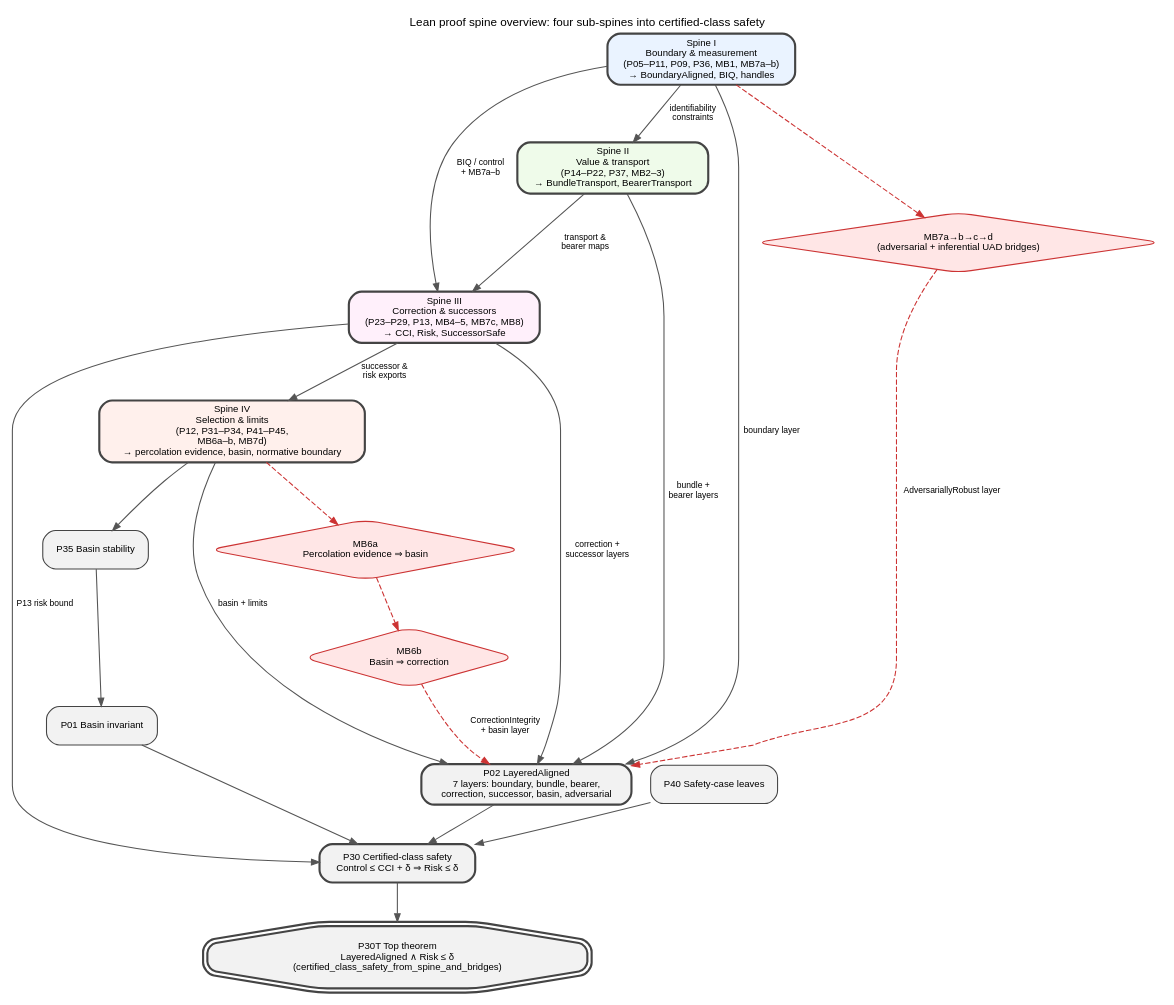
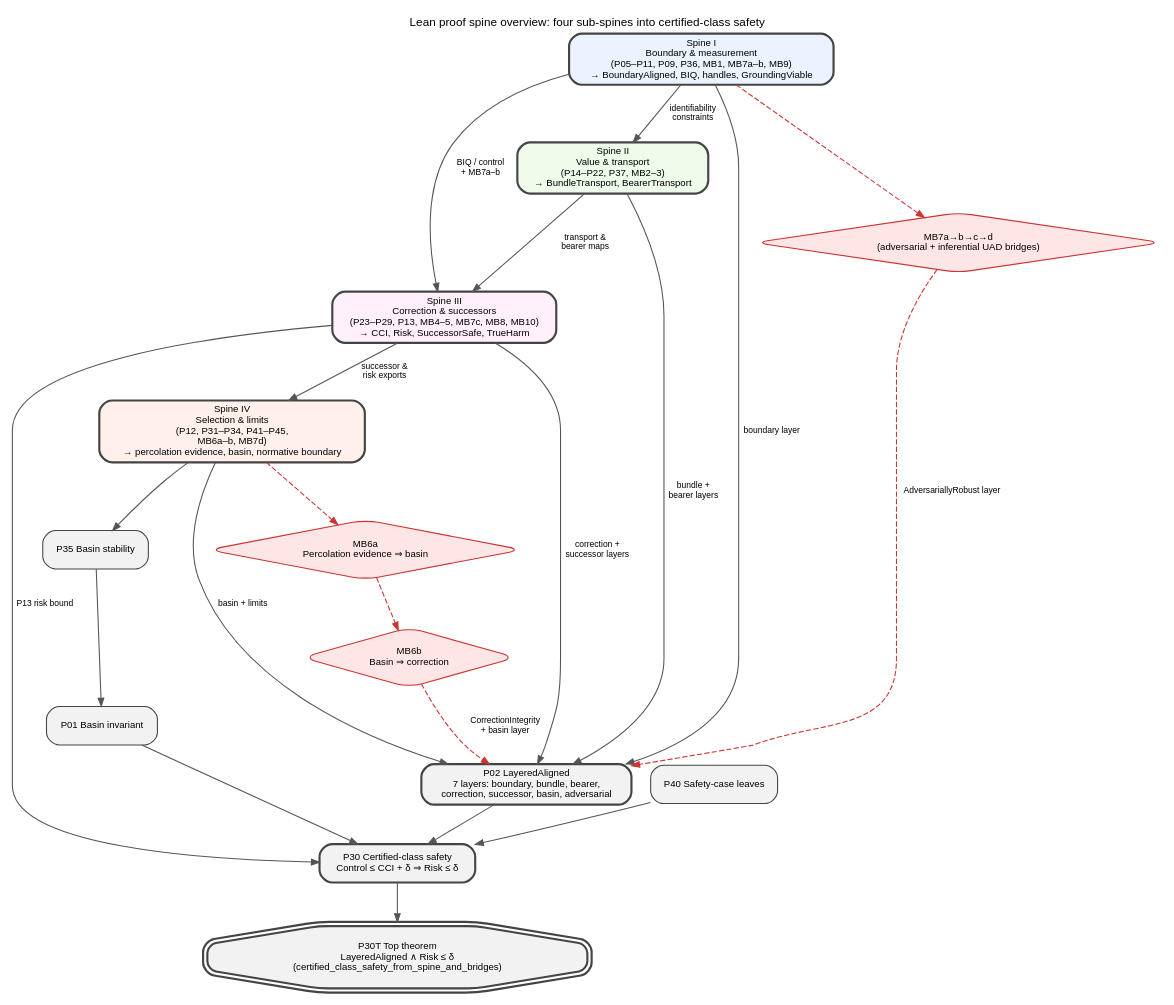
One commit to GunnarZarncke/towards-asi-alignment changed the diagram in context/lean_proof_graphs/00-overview.dot. Above: the diagram before and after it, drawn with Graphviz. The commit also changed 27 other files, not shown here.

First line of the commit message:
Formalize successor forgeability (MB10) and a real-data worked instance for the Lean spine.

```diff
--- a/context/lean_proof_graphs/00-overview.dot
+++ b/context/lean_proof_graphs/00-overview.dot
@@ -1,58 +1,58 @@
 digraph Spine00Overview {
   graph [
     rankdir=TB,
     bgcolor="white",
     splines=true,
     overlap=false,
     fontsize=11,
     fontname="Helvetica",
     label="Lean proof spine overview: four sub-spines into certified-class safety",
     labelloc="t"
   ];
   node [shape=box, style="rounded,filled", fontname="Helvetica", fontsize=9, color="#444444"];
   edge [fontname="Helvetica", fontsize=8, color="#555555", arrowsize=0.75];
 
-  S1 [label="Spine I\nBoundary & measurement\n(P05–P11, P09, P36, MB1, MB7a–b)\n→ BoundaryAligned, BIQ, handles",
+  S1 [label="Spine I\nBoundary & measurement\n(P05–P11, P09, P36, MB1, MB7a–b, MB9)\n→ BoundaryAligned, BIQ, handles, GroundingViable",
       fillcolor="#EAF3FF", penwidth=2];
   S2 [label="Spine II\nValue & transport\n(P14–P22, P37, MB2–3)\n→ BundleTransport, BearerTransport",
       fillcolor="#EFFBEA", penwidth=2];
-  S3 [label="Spine III\nCorrection & successors\n(P23–P29, P13, MB4–5, MB7c, MB8)\n→ CCI, Risk, SuccessorSafe",
+  S3 [label="Spine III\nCorrection & successors\n(P23–P29, P13, MB4–5, MB7c, MB8, MB10)\n→ CCI, Risk, SuccessorSafe, TrueHarm",
       fillcolor="#FFF0FB", penwidth=2];
   S4 [label="Spine IV\nSelection & limits\n(P12, P31–P34, P41–P45,\nMB6a–b, MB7d)\n→ percolation evidence, basin, normative boundary",
       fillcolor="#FFF0EC", penwidth=2];
 
   P02 [label="P02 LayeredAligned\n7 layers: boundary, bundle, bearer,\ncorrection, successor, basin, adversarial",
        fillcolor="#F2F2F2", penwidth=2];
   P35 [label="P35 Basin stability", fillcolor="#F2F2F2"];
   P01 [label="P01 Basin invariant", fillcolor="#F2F2F2"];
   P30 [label="P30 Certified-class safety\nControl ≤ CCI + δ ⇒ Risk ≤ δ", fillcolor="#F2F2F2", penwidth=2];
   P40 [label="P40 Safety-case leaves", fillcolor="#F2F2F2"];
   P30T [label="P30T Top theorem\nLayeredAligned ∧ Risk ≤ δ\n(certified_class_safety_from_spine_and_bridges)",
         fillcolor="#F2F2F2", shape=doubleoctagon, penwidth=2];
 
   MB7 [shape=diamond, fillcolor="#FFE6E6", color="#CC3333",
        label="MB7a→b→c→d\n(adversarial + inferential UAD bridges)"];
   MB6a [shape=diamond, fillcolor="#FFE6E6", color="#CC3333", label="MB6a\nPercolation evidence ⇒ basin"];
   MB6b [shape=diamond, fillcolor="#FFE6E6", color="#CC3333", label="MB6b\nBasin ⇒ correction"];
 
   S1 -> S2 [label="identifiability\nconstraints"];
   S1 -> S3 [label="BIQ / control\n+ MB7a–b"];
   S2 -> S3 [label="transport &\nbearer maps"];
   S3 -> S4 [label="successor &\nrisk exports"];
   S4 -> P02 [label="basin + limits"];
 
   S1 -> MB7 [style=dashed, color="#CC3333"];
   MB7 -> P02 [style=dashed, color="#CC3333", label="AdversariallyRobust layer"];
   S4 -> MB6a [style=dashed, color="#CC3333"];
   MB6a -> MB6b [style=dashed, color="#CC3333"];
   MB6b -> P02 [style=dashed, color="#CC3333", label="CorrectionIntegrity\n+ basin layer"];
   S3 -> P02 [label="correction +\nsuccessor layers"];
   S2 -> P02 [label="bundle +\nbearer layers"];
   S1 -> P02 [label="boundary layer"];
 
   S4 -> P35 -> P01 -> P30;
   P02 -> P30;
   S3 -> P30 [label="P13 risk bound"];
   P40 -> P30;
   P30 -> P30T;
 }
```
